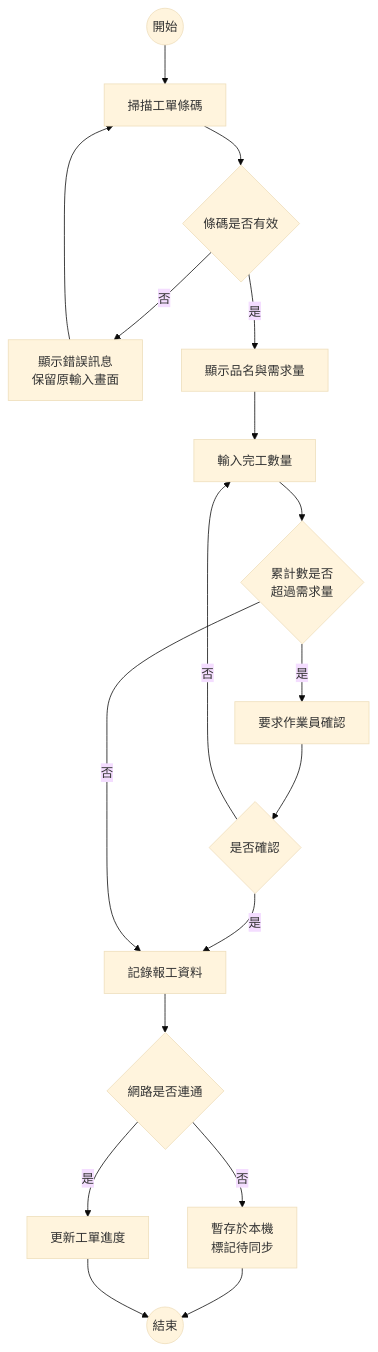
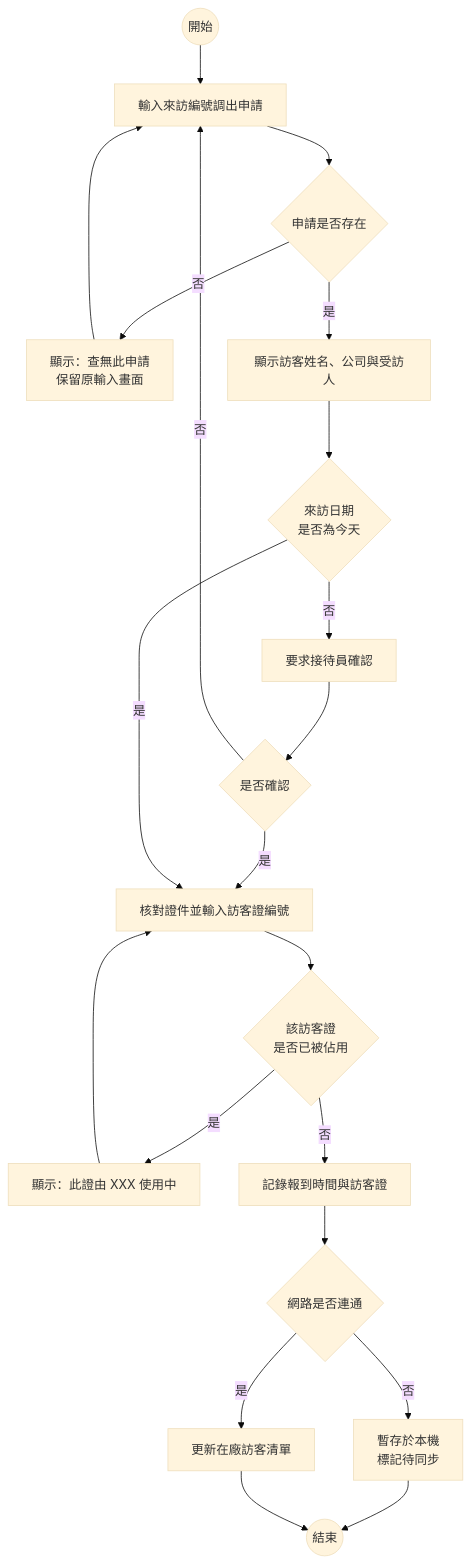
Before and after one commit to billy1125/system-analysis-and-design: the first of 6 diagrams in 01-Course-Materials/06-Behavioral-Modeling.md, drawn with Mermaid (base theme). The commit also changed other lines of this file and 30 other files, not shown here.

````diff
--- a/01-Course-Materials/06-Behavioral-Modeling.md
+++ b/01-Course-Materials/06-Behavioral-Modeling.md
@@ -94,20 +96,23 @@
 ```mermaid
 flowchart TD
-    START((開始)) --> A1[掃描工單條碼]
-    A1 --> D1{條碼是否有效}
-    D1 -->|否| A2[顯示錯誤訊息<br/>保留原輸入畫面]
+    START((開始)) --> A1[輸入來訪編號調出申請]
+    A1 --> D1{申請是否存在}
+    D1 -->|否| A2[顯示：查無此申請<br/>保留原輸入畫面]
     A2 --> A1
-    D1 -->|是| A3[顯示品名與需求量]
-    A3 --> A4[輸入完工數量]
-    A4 --> D2{累計數是否<br/>超過需求量}
-    D2 -->|是| A5[要求作業員確認]
-    A5 --> D3{是否確認}
-    D3 -->|否| A4
-    D3 -->|是| A6[記錄報工資料]
-    D2 -->|否| A6
-    A6 --> D4{網路是否連通}
-    D4 -->|否| A7[暫存於本機<br/>標記待同步]
-    A7 --> END((結束))
-    D4 -->|是| A8[更新工單進度]
-    A8 --> END
+    D1 -->|是| A3[顯示訪客姓名、公司與受訪人]
+    A3 --> D2{來訪日期<br/>是否為今天}
+    D2 -->|否| A4[要求接待員確認]
+    A4 --> D3{是否確認}
+    D3 -->|否| A1
+    D3 -->|是| A5[核對證件並輸入訪客證編號]
+    D2 -->|是| A5
+    A5 --> D4{該訪客證<br/>是否已被佔用}
+    D4 -->|是| A6[顯示：此證由 XXX 使用中]
+    A6 --> A5
+    D4 -->|否| A7[記錄報到時間與訪客證]
+    A7 --> D5{網路是否連通}
+    D5 -->|否| A8[暫存於本機<br/>標記待同步]
+    A8 --> END((結束))
+    D5 -->|是| A9[更新在廠訪客清單]
+    A9 --> END
 ```
````
